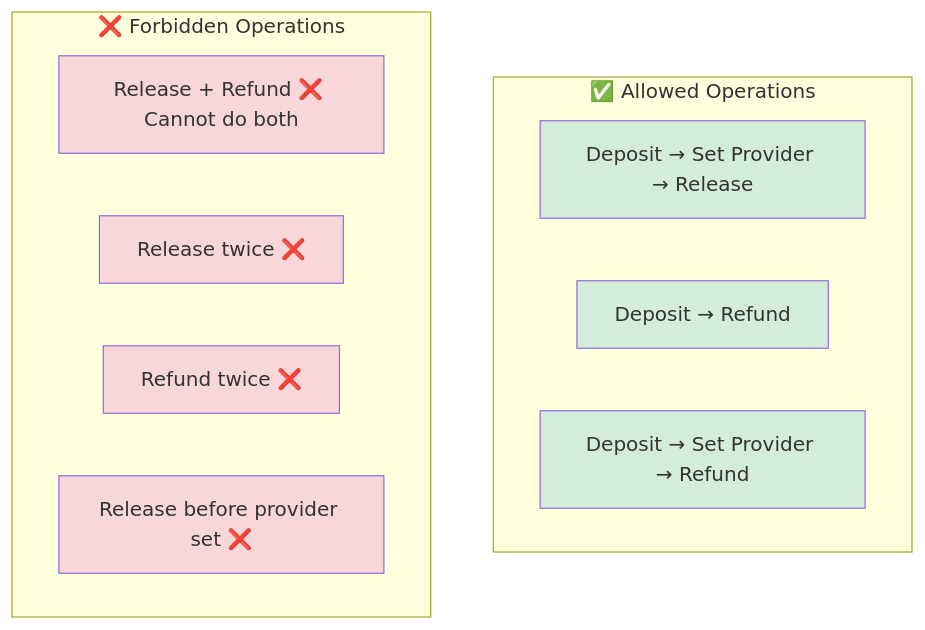
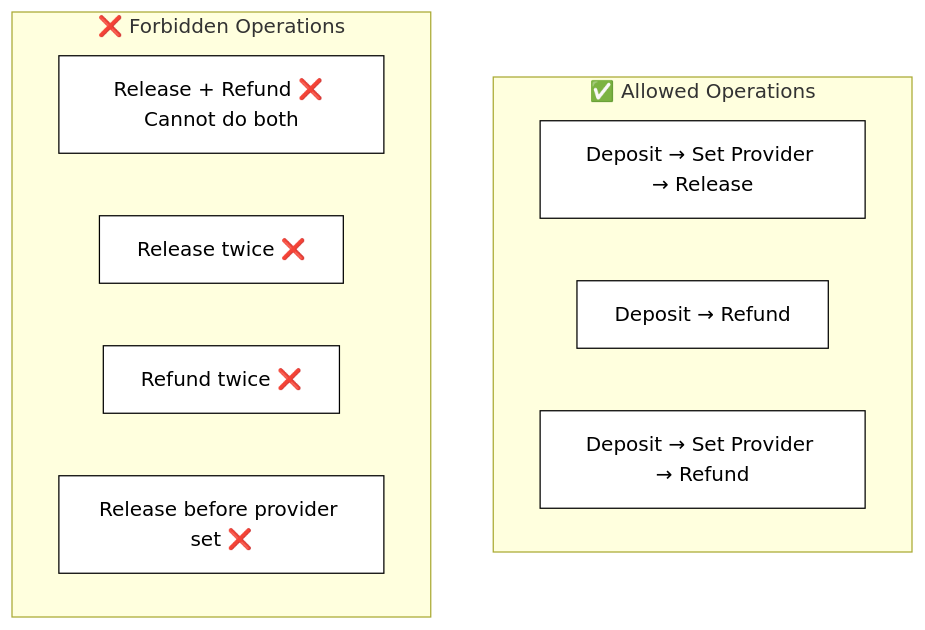
Before and after one commit to PolkaMesh/PolkaMesh-Contracts: diagram 12 of 13 in payment_escrow/README.md, drawn with Mermaid. The commit also changed other lines of this file and 4 other files, not shown here.

````diff
--- a/payment_escrow/README.md
+++ b/payment_escrow/README.md
@@ -278,23 +278,23 @@
 ```mermaid
 graph TB
     subgraph "✅ Allowed Operations"
         A1[Deposit → Set Provider → Release]
         A2[Deposit → Refund]
         A3[Deposit → Set Provider → Refund]
     end
 
     subgraph "❌ Forbidden Operations"
         B1[Release + Refund ❌ Cannot do both]
         B2[Release twice ❌]
         B3[Refund twice ❌]
         B4[Release before provider set ❌]
     end
 
-    style A1 fill:#d4edda
-    style A2 fill:#d4edda
-    style A3 fill:#d4edda
-    style B1 fill:#f8d7da
-    style B2 fill:#f8d7da
-    style B3 fill:#f8d7da
-    style B4 fill:#f8d7da
+    style A1 fill:#ffffff,stroke:#000000,color:#000000
+    style A2 fill:#ffffff,stroke:#000000,color:#000000
+    style A3 fill:#ffffff,stroke:#000000,color:#000000
+    style B1 fill:#ffffff,stroke:#000000,color:#000000
+    style B2 fill:#ffffff,stroke:#000000,color:#000000
+    style B3 fill:#ffffff,stroke:#000000,color:#000000
+    style B4 fill:#ffffff,stroke:#000000,color:#000000
 ```
````
